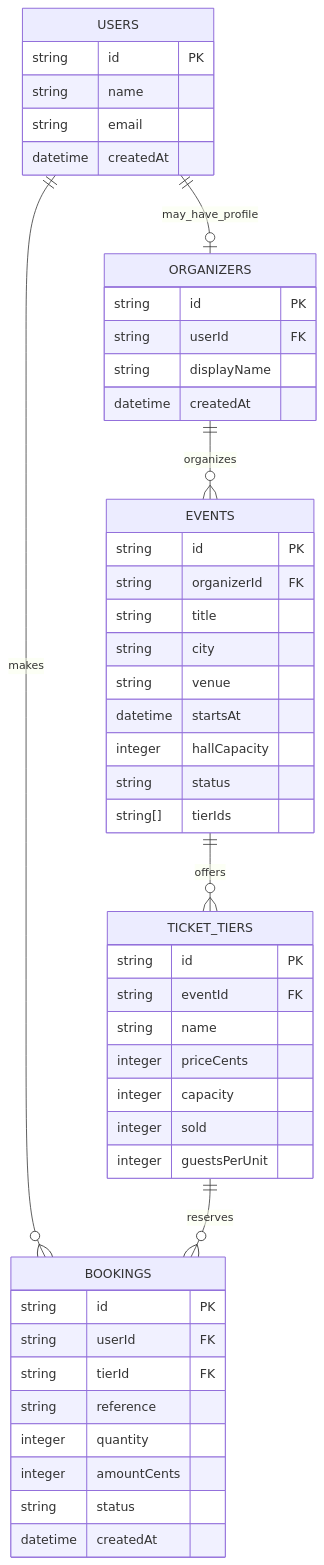
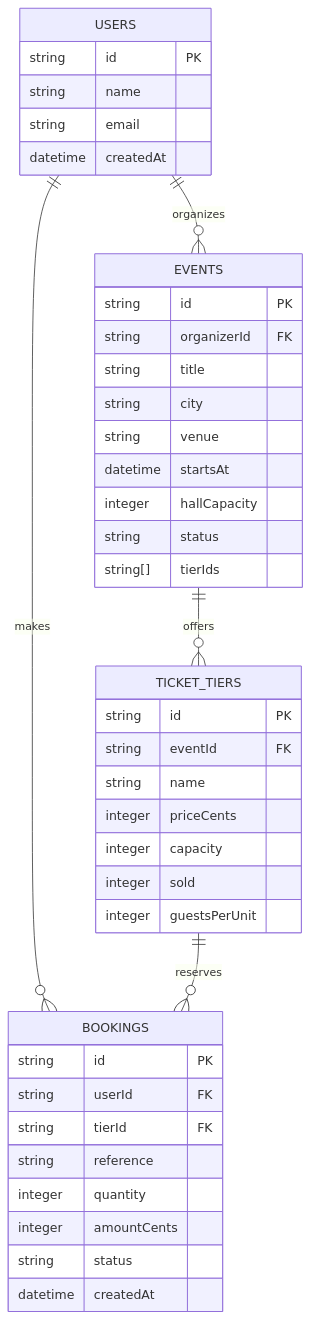
The fourth of 9 diagrams in docs/architecture.md (Fingertouchmultiventures/DSA-software-development-class), drawn with Mermaid before and after one commit. The commit also changed other lines of this file and 99 other files, not shown here.

````diff
--- a/docs/architecture.md
+++ b/docs/architecture.md
@@ -122,51 +125,44 @@
 ```mermaid
 erDiagram
-  USERS ||--o| ORGANIZERS : may_have_profile
-  ORGANIZERS ||--o{ EVENTS : organizes
+  USERS ||--o{ EVENTS : organizes
   USERS ||--o{ BOOKINGS : makes
   EVENTS ||--o{ TICKET_TIERS : offers
   TICKET_TIERS ||--o{ BOOKINGS : reserves
 
   USERS {
     string id PK
     string name
     string email
-    datetime createdAt
-  }
-  ORGANIZERS {
-    string id PK
-    string userId FK
-    string displayName
     datetime createdAt
   }
   EVENTS {
     string id PK
     string organizerId FK
     string title
     string city
     string venue
     datetime startsAt
     integer hallCapacity
     string status
     string[] tierIds
   }
   TICKET_TIERS {
     string id PK
     string eventId FK
     string name
     integer priceCents
     integer capacity
     integer sold
     integer guestsPerUnit
   }
   BOOKINGS {
     string id PK
     string userId FK
     string tierId FK
     string reference
     integer quantity
     integer amountCents
     string status
     datetime createdAt
   }
 ```
````
